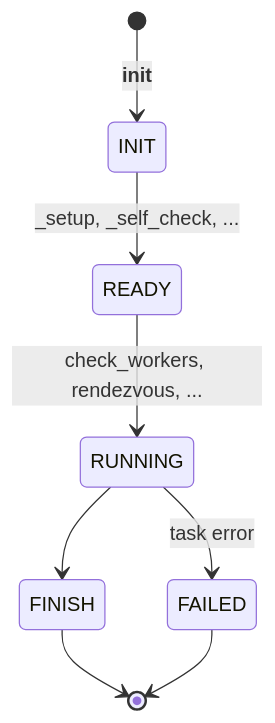
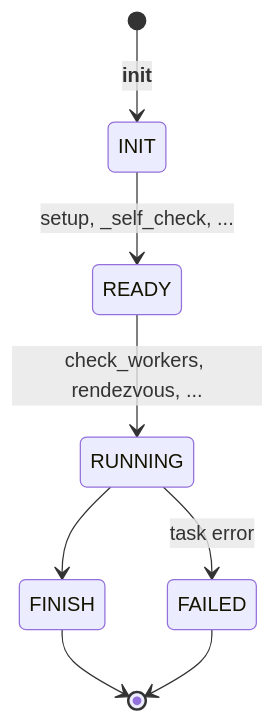
The second of 5 diagrams in docs/design/unified-architecture.md (intelligent-machine-learning/dlrover), drawn with Mermaid before and after one commit. The commit also changed other lines of this file, not shown here.

Commit message:
update design doc

````diff
--- a/docs/design/unified-architecture.md
+++ b/docs/design/unified-architecture.md
@@ -173,10 +173,10 @@
 ```mermaid
 stateDiagram-v2
     [*] --> INIT: __init__
-    INIT --> READY: _setup, _self_check, ...
+    INIT --> READY: setup, _self_check, ...
     READY --> RUNNING: check_workers, rendezvous, ...
     RUNNING --> FINISH: 
     RUNNING --> FAILED: task error
 FINISH --> [*]
 FAILED --> [*]
 ```
````
